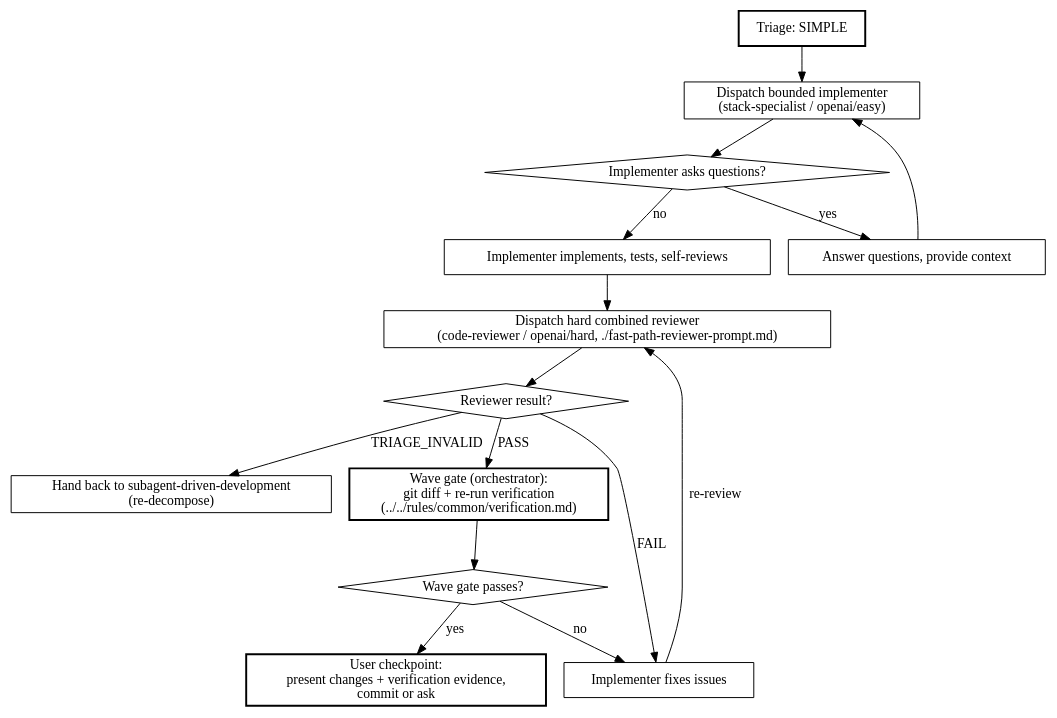
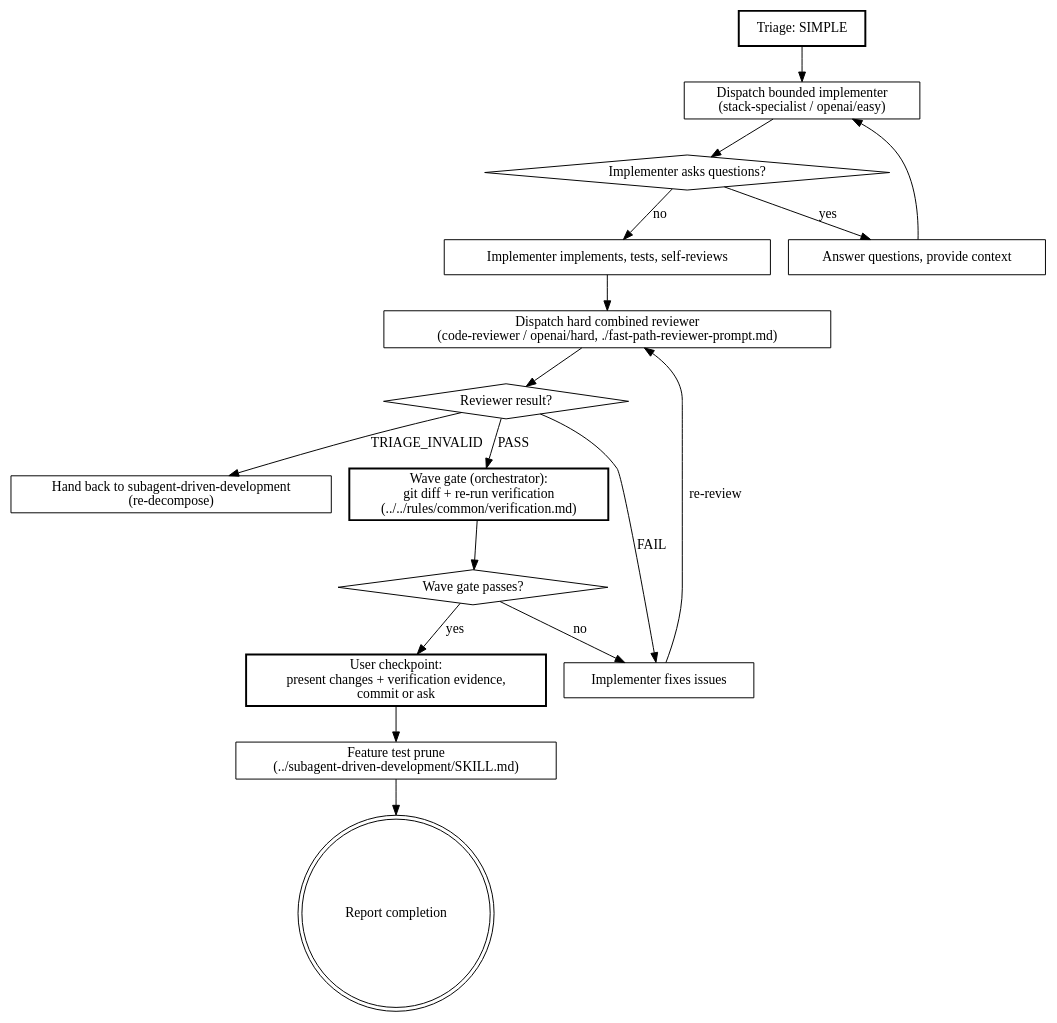
One commit to jmrona/.dot changed the diagram in .opencode/skills/fast-path-implementation/SKILL.md. Above: the diagram before and after it, drawn with Graphviz. The commit also changed other lines of this file and 3 other files, not shown here.

Commit message:
feat(opencode): auto-commit in linked worktrees and prune once per feature

````diff
--- a/.opencode/skills/fast-path-implementation/SKILL.md
+++ b/.opencode/skills/fast-path-implementation/SKILL.md
@@ -59,33 +63,37 @@
 ```dot
 digraph fast_path {
     rankdir=TB;
 
     "Triage: SIMPLE" [shape=box, style=bold];
     "Dispatch bounded implementer\n(stack-specialist / openai/easy)" [shape=box];
     "Implementer asks questions?" [shape=diamond];
     "Answer questions, provide context" [shape=box];
     "Implementer implements, tests, self-reviews" [shape=box];
     "Dispatch hard combined reviewer\n(code-reviewer / openai/hard, ./fast-path-reviewer-prompt.md)" [shape=box];
     "Reviewer result?" [shape=diamond];
     "Implementer fixes issues" [shape=box];
     "Hand back to subagent-driven-development\n(re-decompose)" [shape=box];
     "Wave gate (orchestrator):\ngit diff + re-run verification\n(../../rules/common/verification.md)" [shape=box, style=bold];
     "Wave gate passes?" [shape=diamond];
     "User checkpoint:\npresent changes + verification evidence,\ncommit or ask" [shape=box, style=bold];
+    "Feature test prune\n(../subagent-driven-development/SKILL.md)" [shape=box];
+    "Report completion" [shape=doublecircle];
 
     "Triage: SIMPLE" -> "Dispatch bounded implementer\n(stack-specialist / openai/easy)";
     "Dispatch bounded implementer\n(stack-specialist / openai/easy)" -> "Implementer asks questions?";
     "Implementer asks questions?" -> "Answer questions, provide context" [label="yes"];
     "Answer questions, provide context" -> "Dispatch bounded implementer\n(stack-specialist / openai/easy)";
     "Implementer asks questions?" -> "Implementer implements, tests, self-reviews" [label="no"];
     "Implementer implements, tests, self-reviews" -> "Dispatch hard combined reviewer\n(code-reviewer / openai/hard, ./fast-path-reviewer-prompt.md)";
     "Dispatch hard combined reviewer\n(code-reviewer / openai/hard, ./fast-path-reviewer-prompt.md)" -> "Reviewer result?";
     "Reviewer result?" -> "Wave gate (orchestrator):\ngit diff + re-run verification\n(../../rules/common/verification.md)" [label="PASS"];
     "Reviewer result?" -> "Implementer fixes issues" [label="FAIL"];
     "Reviewer result?" -> "Hand back to subagent-driven-development\n(re-decompose)" [label="TRIAGE_INVALID"];
     "Implementer fixes issues" -> "Dispatch hard combined reviewer\n(code-reviewer / openai/hard, ./fast-path-reviewer-prompt.md)" [label="re-review"];
     "Wave gate (orchestrator):\ngit diff + re-run verification\n(../../rules/common/verification.md)" -> "Wave gate passes?";
     "Wave gate passes?" -> "Implementer fixes issues" [label="no"];
     "Wave gate passes?" -> "User checkpoint:\npresent changes + verification evidence,\ncommit or ask" [label="yes"];
+    "User checkpoint:\npresent changes + verification evidence,\ncommit or ask" -> "Feature test prune\n(../subagent-driven-development/SKILL.md)";
+    "Feature test prune\n(../subagent-driven-development/SKILL.md)" -> "Report completion";
 }
 ```
````
